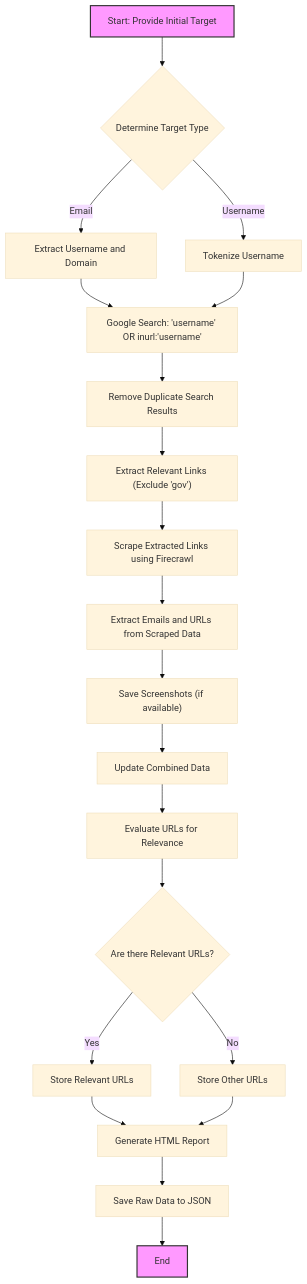
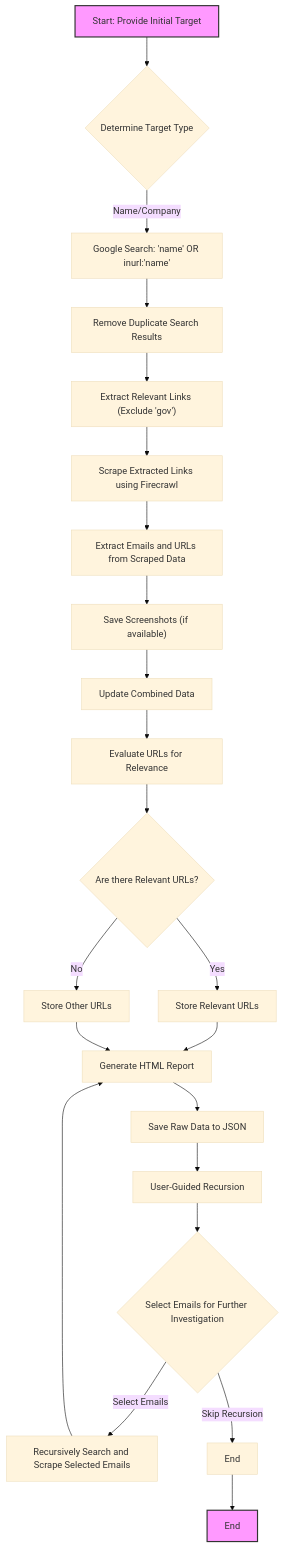
The diagram in README.md (0SINTr/osintr), drawn with Mermaid (base theme) before and after one commit.

````diff
--- a/README.md
+++ b/README.md
@@ -65,26 +65,29 @@
 ```mermaid
 flowchart TD
     A[Start: Provide Initial Target] --> B{Determine Target Type}
-    B -->|Email| C["Extract Username and Domain"]
-    B -->|Username| D["Tokenize Username"]
-    C --> E["Google Search: 'username' OR inurl:'username'"]
-    D --> E["Google Search: 'username' OR inurl:'username'"]
-    E --> F["Remove Duplicate Search Results"]
-    F --> G["Extract Relevant Links (Exclude 'gov')"]
-    G --> H["Scrape Extracted Links using Firecrawl"]
-    H --> I["Extract Emails and URLs from Scraped Data"]
-    I --> J["Save Screenshots (if available)"]
-    J --> K["Update Combined Data"]
-    K --> L["Evaluate URLs for Relevance"]
-    L --> M{Are there Relevant URLs?}
-    M -->|Yes| N["Store Relevant URLs"]
-    M -->|No| O["Store Other URLs"]
-    N --> P["Generate HTML Report"]
-    O --> P["Generate HTML Report"]
-    P --> Q["Save Raw Data to JSON"]
-    Q --> R[End]
+    B -->|Name/Company| C["Google Search: 'name' OR inurl:'name'"]
+    C --> D["Remove Duplicate Search Results"]
+    D --> E["Extract Relevant Links (Exclude 'gov')"]
+    E --> F["Scrape Extracted Links using Firecrawl"]
+    F --> G["Extract Emails and URLs from Scraped Data"]
+    G --> H["Save Screenshots (if available)"]
+    H --> I["Update Combined Data"]
+    I --> J["Evaluate URLs for Relevance"]
+    J --> K{Are there Relevant URLs?}
+    K -->|Yes| L["Store Relevant URLs"]
+    K -->|No| M["Store Other URLs"]
+    L --> N["Generate HTML Report"]
+    M --> N["Generate HTML Report"]
+    N --> O["Save Raw Data to JSON"]
+    O --> P["User-Guided Recursion"]
+    P --> Q{Select Emails for Further Investigation}
+    Q -->|Select Emails| R["Recursively Search and Scrape Selected Emails"]
+    Q -->|Skip Recursion| S[End]
+    R --> N
+    S --> T[End]
 
     %% Styling
     classDef startEnd fill:#f9f,stroke:#333,stroke-width:2px;
-    class A,R startEnd;
+    class A,T startEnd;
+
 ```
````
